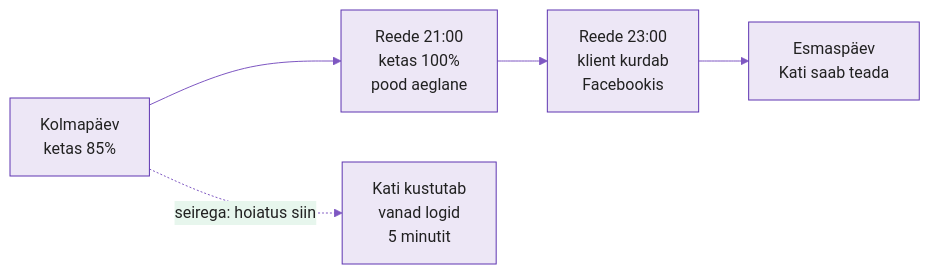
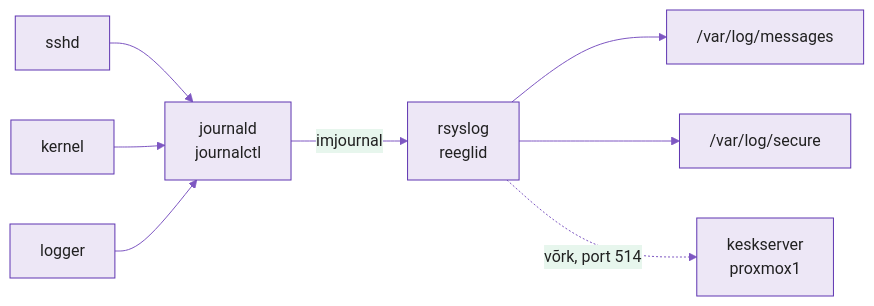
One commit to hkhk-monitoring/monitoring changed the first of 3 diagrams in docs/week07/lecture.md. Above: the diagram before and after it, drawn with Mermaid. The commit also changed other lines of this file and 9 other files, not shown here.

````diff
--- a/docs/week07/lecture.md
+++ b/docs/week07/lecture.md
@@ -52,8 +89,11 @@
 ```mermaid
 %%{init: {'theme':'base','themeVariables':{'primaryColor':'#ede7f6','primaryBorderColor':'#5e35b1','primaryTextColor':'#212121','lineColor':'#7e57c2'}}}%%
 graph LR
-    A["Kolmapäev<br/>ketas 85%"] --> B["Reede 21:00<br/>ketas 100%<br/>pood aeglane"]
-    B --> C["Reede 23:00<br/>klient kurdab<br/>Facebookis"]
-    C --> D["Esmaspäev<br/>Kati saab teada"]
-    A -. "seirega: hoiatus siin" .-> E["Kati kustutab<br/>vanad logid<br/>5 minutit"]
+    P1["sshd"] --> J["journald<br/>journalctl"]
+    P2["kernel"] --> J
+    P3["logger"] --> J
+    J -->|"imjournal"| R["rsyslog<br/>reeglid"]
+    R --> F1["/var/log/messages"]
+    R --> F2["/var/log/secure"]
+    R -.->|"võrk, port 514"| K["keskserver<br/>proxmox1"]
 ```
````
